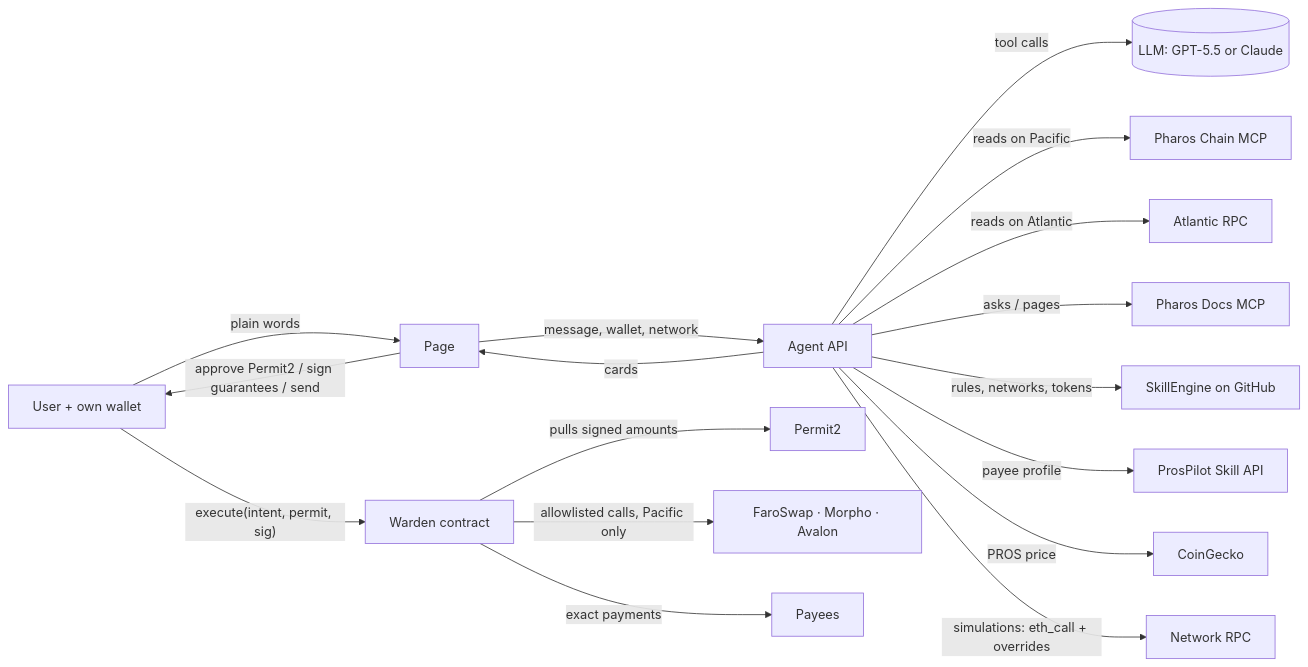
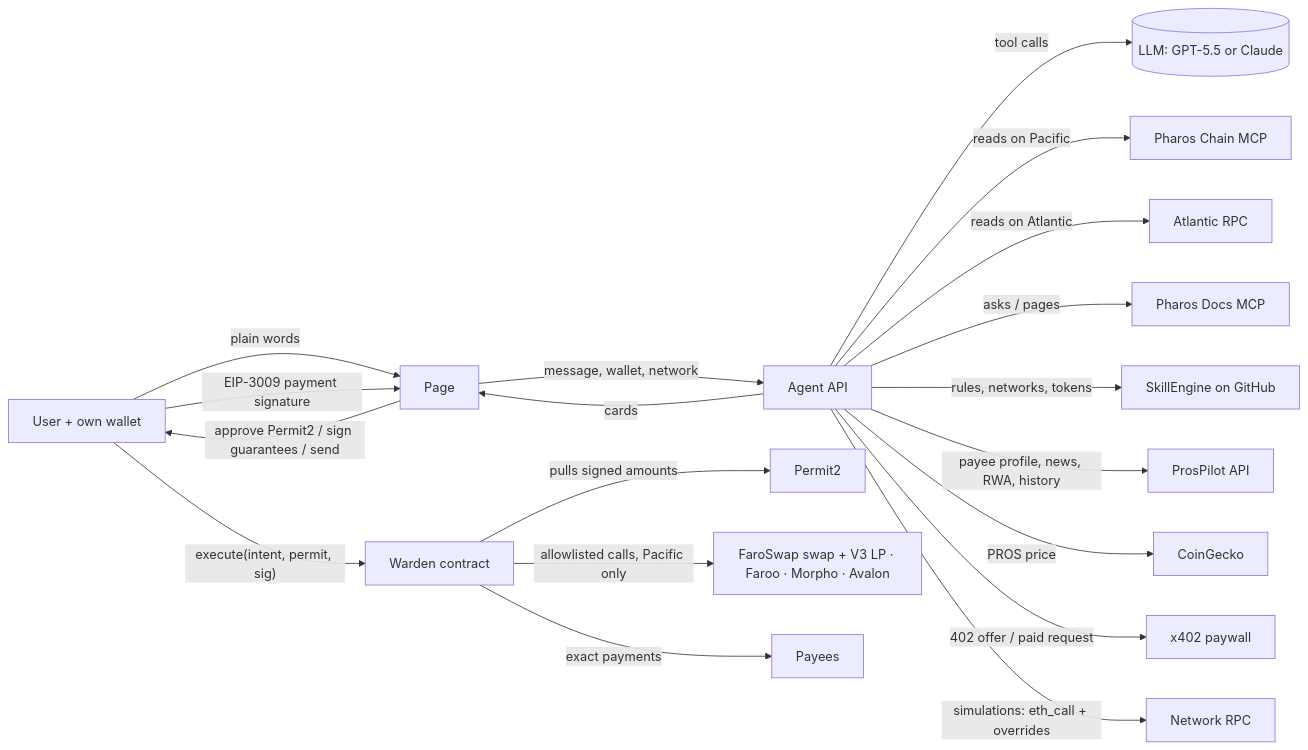
One commit to juhzinho/pharos-warden changed the diagram in docs/ARCHITECTURE.md. Above: the diagram before and after it, drawn with Mermaid. The commit also changed other lines of this file and 4 other files, not shown here.

First line of the commit message:
Warden v2 on Pacific Mainnet; README and architecture for the full toolkit

````diff
--- a/docs/ARCHITECTURE.md
+++ b/docs/ARCHITECTURE.md
@@ -5,19 +5,21 @@
 ```mermaid
 flowchart LR
   U[User + own wallet] -- plain words --> P[Page]
   P -- message, wallet, network --> A[Agent API]
   A -- tool calls --> M[(LLM: GPT-5.5 or Claude)]
   A -- reads on Pacific --> C[Pharos Chain MCP]
   A -- reads on Atlantic --> RA[Atlantic RPC]
   A -- asks / pages --> D[Pharos Docs MCP]
   A -- rules, networks, tokens --> S[SkillEngine on GitHub]
-  A -- payee profile --> PP[ProsPilot Skill API]
+  A -- payee profile, news, RWA, history --> PP[ProsPilot API]
   A -- PROS price --> CG[CoinGecko]
+  A -- 402 offer / paid request --> XP[x402 paywall]
+  U -- EIP-3009 payment signature --> P
   A -- simulations: eth_call + overrides --> R[Network RPC]
   A -- cards --> P
   P -- approve Permit2 / sign guarantees / send --> U
   U -- execute(intent, permit, sig) --> W[Warden contract]
   W -- pulls signed amounts --> P2[Permit2]
-  W -- allowlisted calls, Pacific only --> X[FaroSwap · Morpho · Avalon]
+  W -- allowlisted calls, Pacific only --> X[FaroSwap swap + V3 LP · Faroo · Morpho · Avalon]
   W -- exact payments --> Y[Payees]
 ```
````
